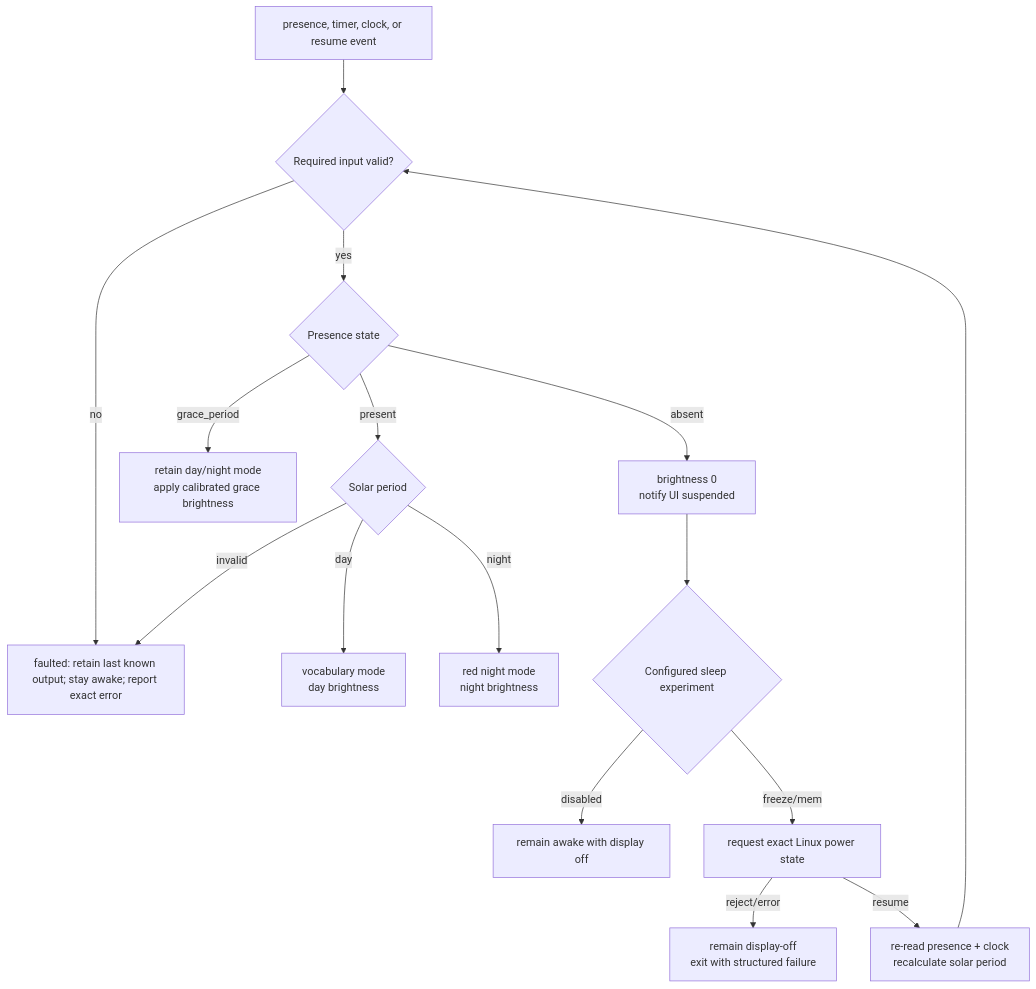
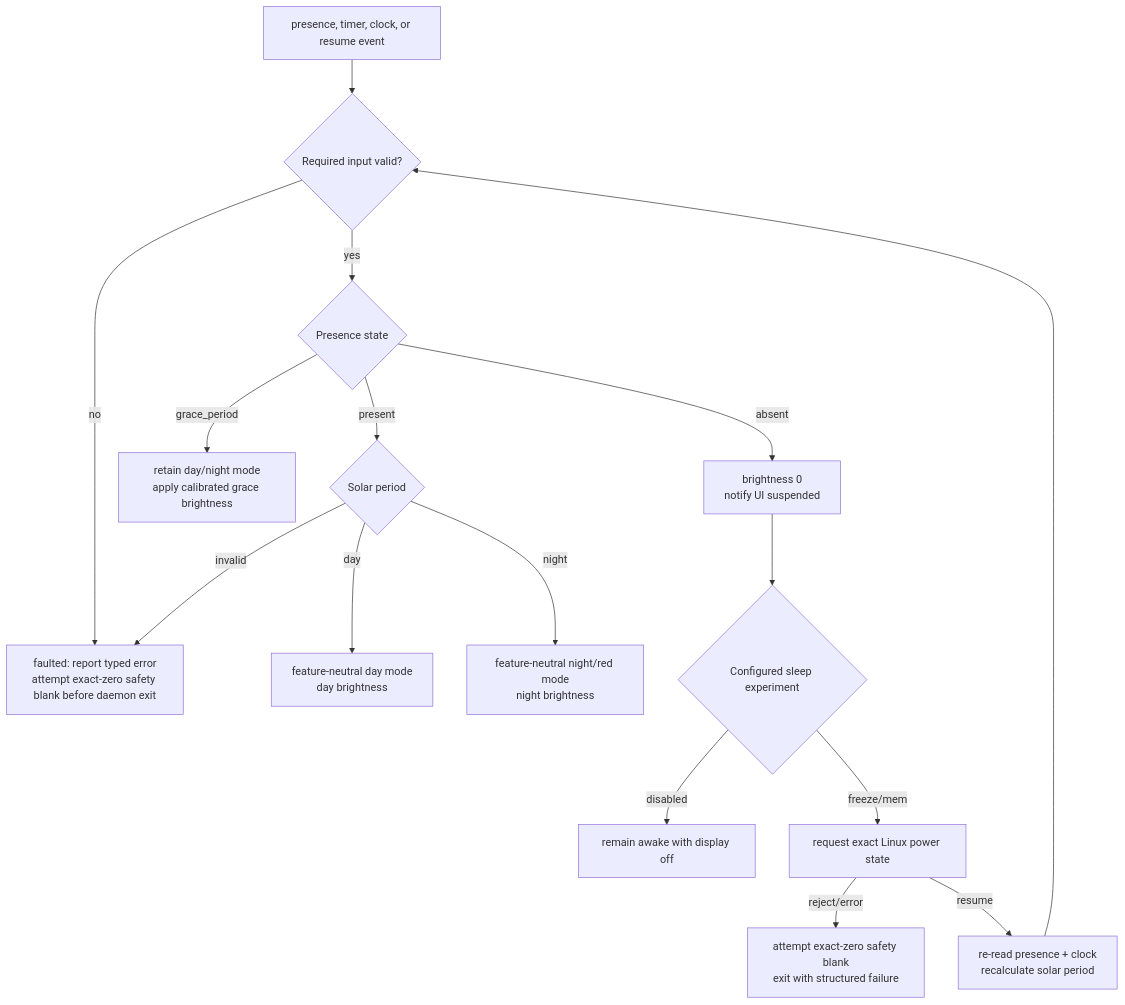
The diagram in docs/behavior/panel-policy.md (scshafe/embedded-house-panel), drawn with Mermaid before and after one commit. The commit also changed other lines of this file and 6 other files, not shown here.

````diff
--- a/docs/behavior/panel-policy.md
+++ b/docs/behavior/panel-policy.md
@@ -13,18 +26,18 @@
 ```mermaid
 flowchart TD
     EVENT["presence, timer, clock, or resume event"] --> VALIDATE{"Required input valid?"}
-    VALIDATE -- no --> FAULT["faulted: retain last known output; stay awake; report exact error"]
+    VALIDATE -- no --> FAULT["faulted: report typed error\nattempt exact-zero safety blank before daemon exit"]
     VALIDATE -- yes --> PRESENCE{"Presence state"}
     PRESENCE -- present --> SOLAR{"Solar period"}
     PRESENCE -- grace_period --> KEEP["retain day/night mode\napply calibrated grace brightness"]
     PRESENCE -- absent --> QUIESCE["brightness 0\nnotify UI suspended"]
-    SOLAR -- day --> DAY["vocabulary mode\nday brightness"]
-    SOLAR -- night --> NIGHT["red night mode\nnight brightness"]
+    SOLAR -- day --> DAY["feature-neutral day mode\nday brightness"]
+    SOLAR -- night --> NIGHT["feature-neutral night/red mode\nnight brightness"]
     SOLAR -- invalid --> FAULT
     QUIESCE --> SUSPEND{"Configured sleep experiment"}
     SUSPEND -- disabled --> OFFAWAKE["remain awake with display off"]
     SUSPEND -- freeze/mem --> PM["request exact Linux power state"]
-    PM -->|"reject/error"| FAULT_OFF["remain display-off\nexit with structured failure"]
+    PM -->|"reject/error"| FAULT_OFF["attempt exact-zero safety blank\nexit with structured failure"]
     PM -->|"resume"| RECOMPUTE["re-read presence + clock\nrecalculate solar period"]
     RECOMPUTE --> VALIDATE
 ```
````
